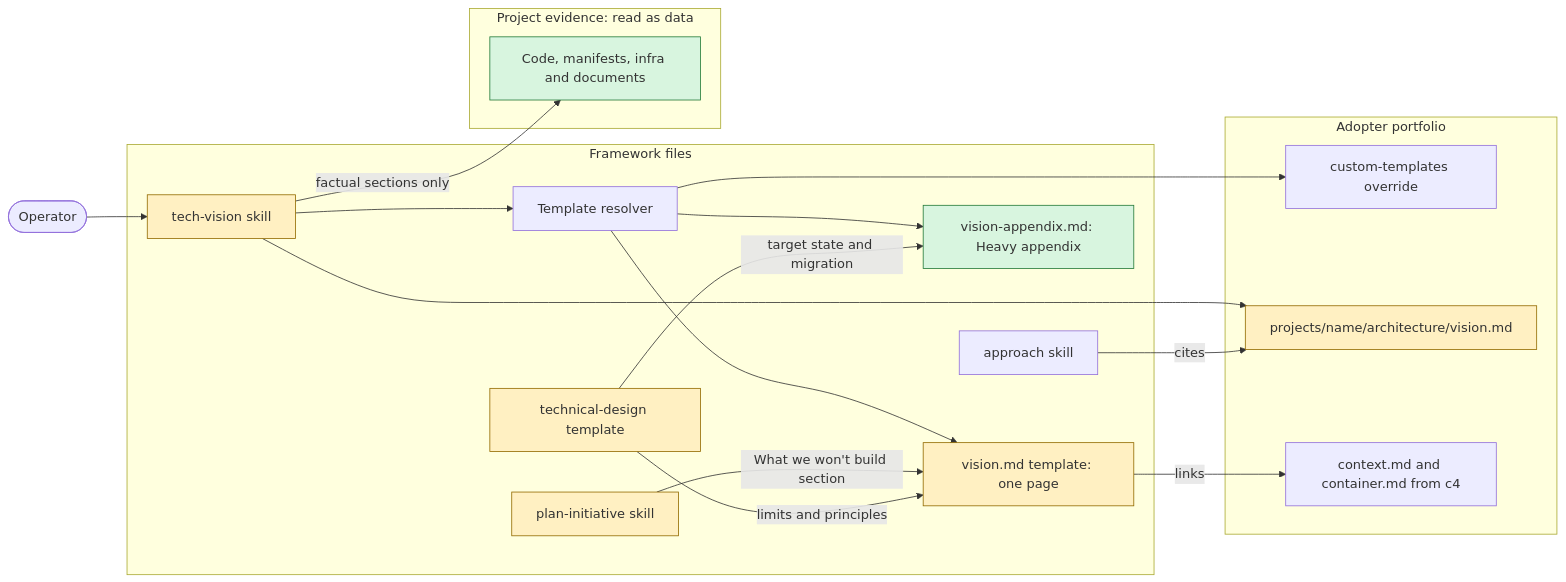
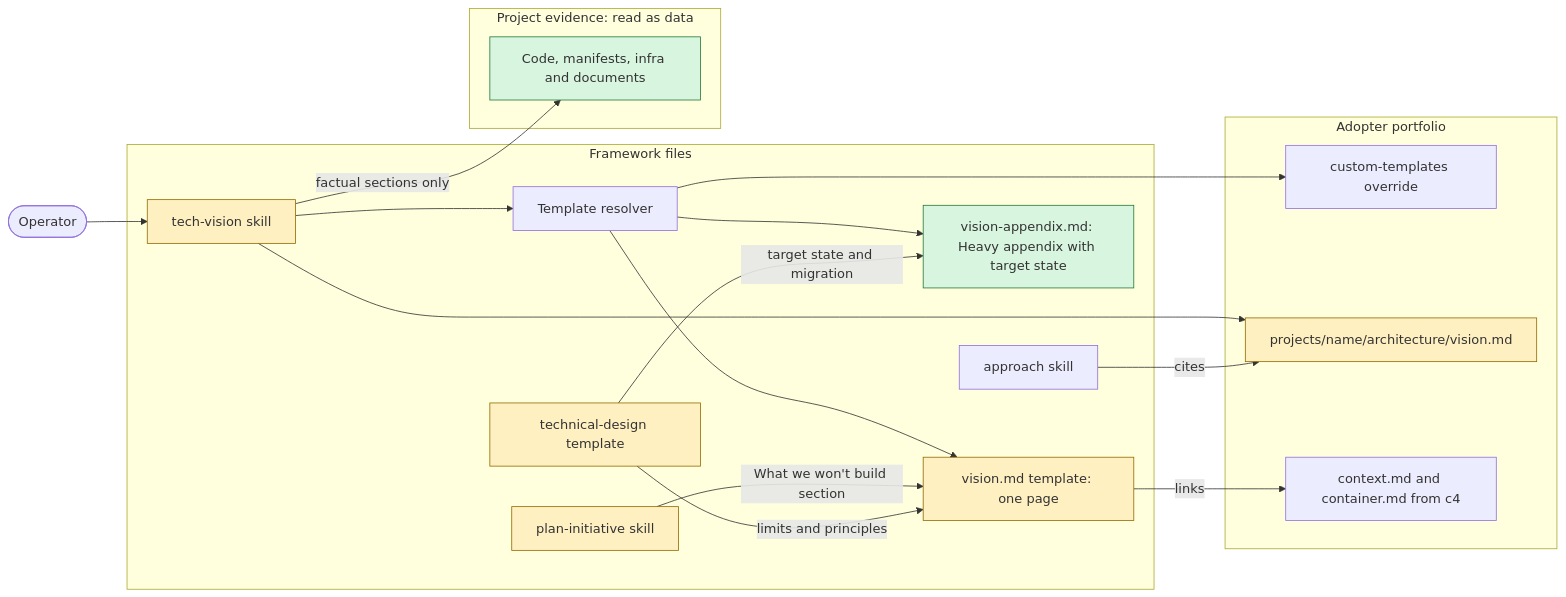
Before and after one commit to me2resh/apexyard: the fourth of 6 diagrams in docs/technical-designs/2152-one-page-vision-technical-design.md, drawn with Mermaid. The commit also changed other lines of this file and 11 other files, not shown here.

````diff
--- a/docs/technical-designs/2152-one-page-vision-technical-design.md
+++ b/docs/technical-designs/2152-one-page-vision-technical-design.md
@@ -138,35 +138,35 @@
 ```mermaid
 flowchart LR
   classDef new fill:#d8f5df,stroke:#247a39
   classDef changed fill:#fff0c2,stroke:#936b00
   op([Operator])
   subgraph framework[Framework files]
     tv[tech-vision skill]:::changed
     res[Template resolver]
     tpl[vision.md template: one page]:::changed
-    app[vision-appendix.md: Heavy appendix]:::new
+    app[vision-appendix.md: Heavy appendix with target state]:::new
     ap[approach skill]
     pi[plan-initiative skill]:::changed
     td[technical-design template]:::changed
   end
   subgraph adopter[Adopter portfolio]
     ovr[custom-templates override]
     out[projects/name/architecture/vision.md]:::changed
     c4[context.md and container.md from c4]
   end
   subgraph evidence[Project evidence: read as data]
     ev[Code, manifests, infra and documents]:::new
   end
   op --> tv
   tv --> res
   res --> tpl
   res --> app
   res --> ovr
   tv -->|factual sections only| ev
   tv --> out
   ap -->|cites| out
   pi -->|What we won't build section| tpl
   td -->|limits and principles| tpl
   td -->|target state and migration| app
   tpl -->|links| c4
 ```
````
